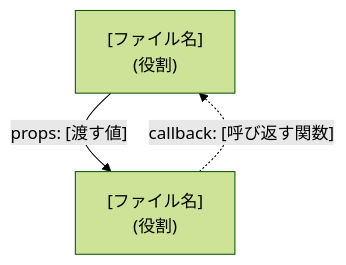
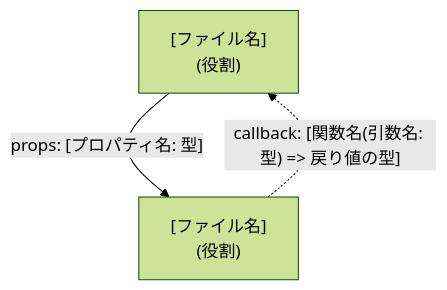
The diagram in .specify/templates/overrides/plan-template.md (shimazakis0523/Nextjs-Sample), drawn with Mermaid (forest theme) before and after one commit. The commit also changed other lines of this file and 4 other files, not shown here.

````diff
--- a/.specify/templates/overrides/plan-template.md
+++ b/.specify/templates/overrides/plan-template.md
@@ -35,8 +42,8 @@
 ```mermaid
 flowchart TD
     a["[ファイル名]<br/>(役割)"]
     b["[ファイル名]<br/>(役割)"]
 
-    a -- "props: [渡す値]" --> b
-    b -. "callback: [呼び返す関数]" .-> a
+    a -- "props: [プロパティ名: 型]" --> b
+    b -. "callback: [関数名(引数名: 型) => 戻り値の型]" .-> a
 ```
````
